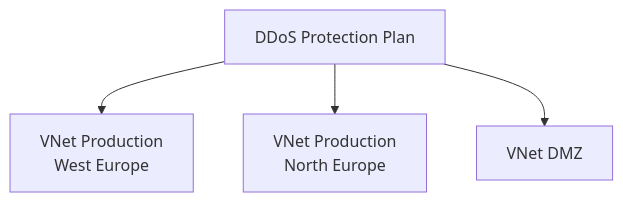
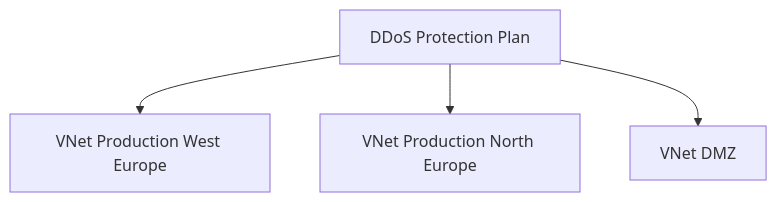
Before and after one commit to SoniiiT/notes-n-docs: the fifth of 5 diagrams in Microsoft 365/Azure/Netzwerk/Azure DDoS Protection.md, drawn with Mermaid. The commit also changed other lines of this file and 124 other files, not shown here.

First line of the commit message:
fix: Entferne \n aus allen Mermaid-Diagrammen (125 Dateien)

````diff
--- a/Microsoft 365/Azure/Netzwerk/Azure DDoS Protection.md
+++ b/Microsoft 365/Azure/Netzwerk/Azure DDoS Protection.md
@@ -242,6 +242,6 @@
 ```mermaid
 graph TD
-    PLAN[DDoS Protection Plan] --> VNET1[VNet Production\nWest Europe]
-    PLAN --> VNET2[VNet Production\nNorth Europe]
+    PLAN[DDoS Protection Plan] --> VNET1[VNet Production West Europe]
+    PLAN --> VNET2[VNet Production North Europe]
     PLAN --> VNET3[VNet DMZ]
 ```
````
